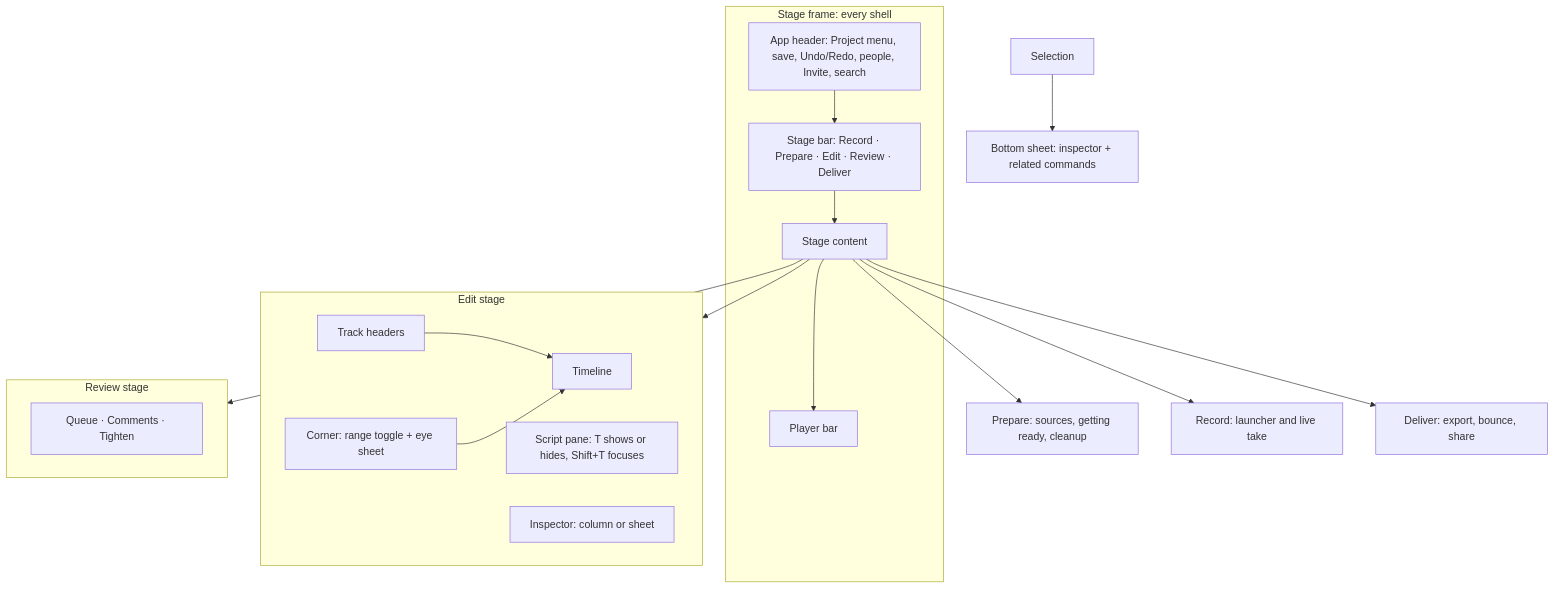
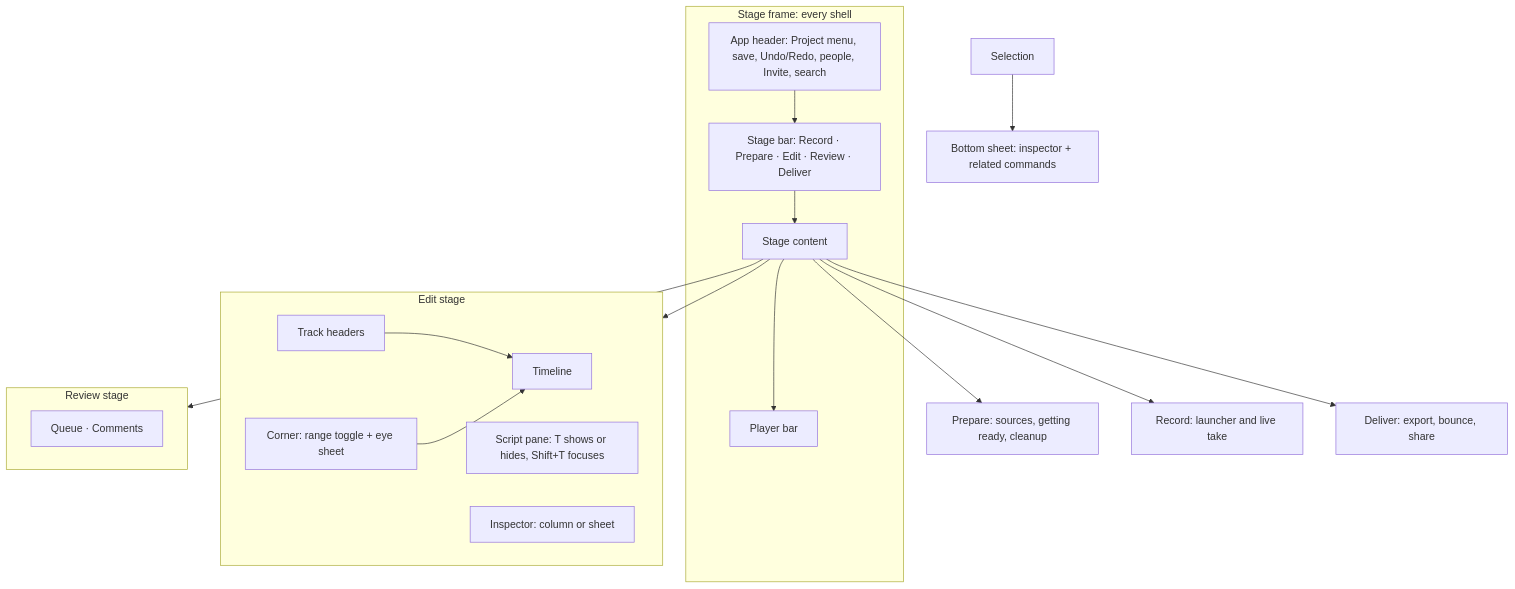
One commit to calebn/sharecut-studio changed the first of 3 diagrams in ux/pages/screen-inventory.md. Above: the diagram before and after it, drawn with Mermaid. The commit also changed other lines of this file and 8 other files, not shown here.

First line of the commit message:
refactor(review): drop leftover Tighten wording, unused export and restating comments

````diff
--- a/ux/pages/screen-inventory.md
+++ b/ux/pages/screen-inventory.md
@@ -40,28 +40,28 @@
 ```mermaid
 flowchart TB
   subgraph frame [Stage frame: every shell]
     HD[App header: Project menu, save, Undo/Redo, people, Invite, search]
     SB[Stage bar: Record · Prepare · Edit · Review · Deliver]
     ST[Stage content]
     PL[Player bar]
     HD --> SB --> ST --> PL
   end
 
   subgraph edit [Edit stage]
     TH[Track headers] --> TIM[Timeline]
     CORNER[Corner: range toggle + eye sheet] --> TIM
     SC[Script pane: T shows or hides, Shift+T focuses]
     INS[Inspector: column or sheet]
   end
 
   subgraph review [Review stage]
-    RV[Queue · Comments · Tighten]
+    RV[Queue · Comments]
   end
 
   ST --> edit
   ST --> review
   ST --> PREP[Prepare: sources, getting ready, cleanup]
   ST --> REC[Record: launcher and live take]
   ST --> DEL[Deliver: export, bounce, share]
   SEL[Selection] --> BS[Bottom sheet: inspector + related commands]
 ```
````
